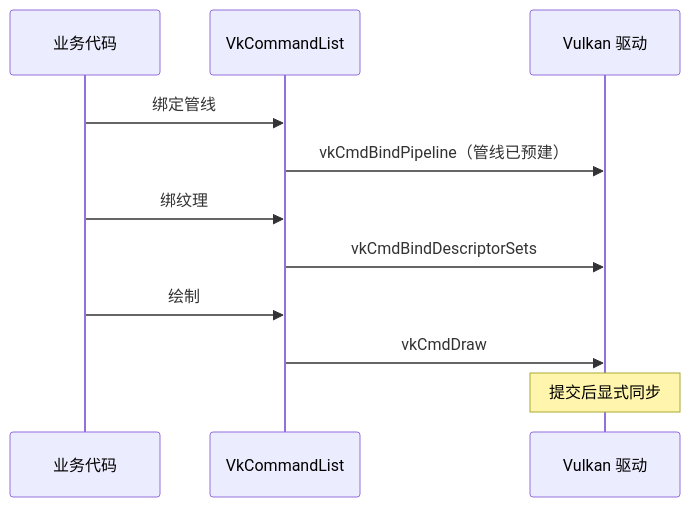
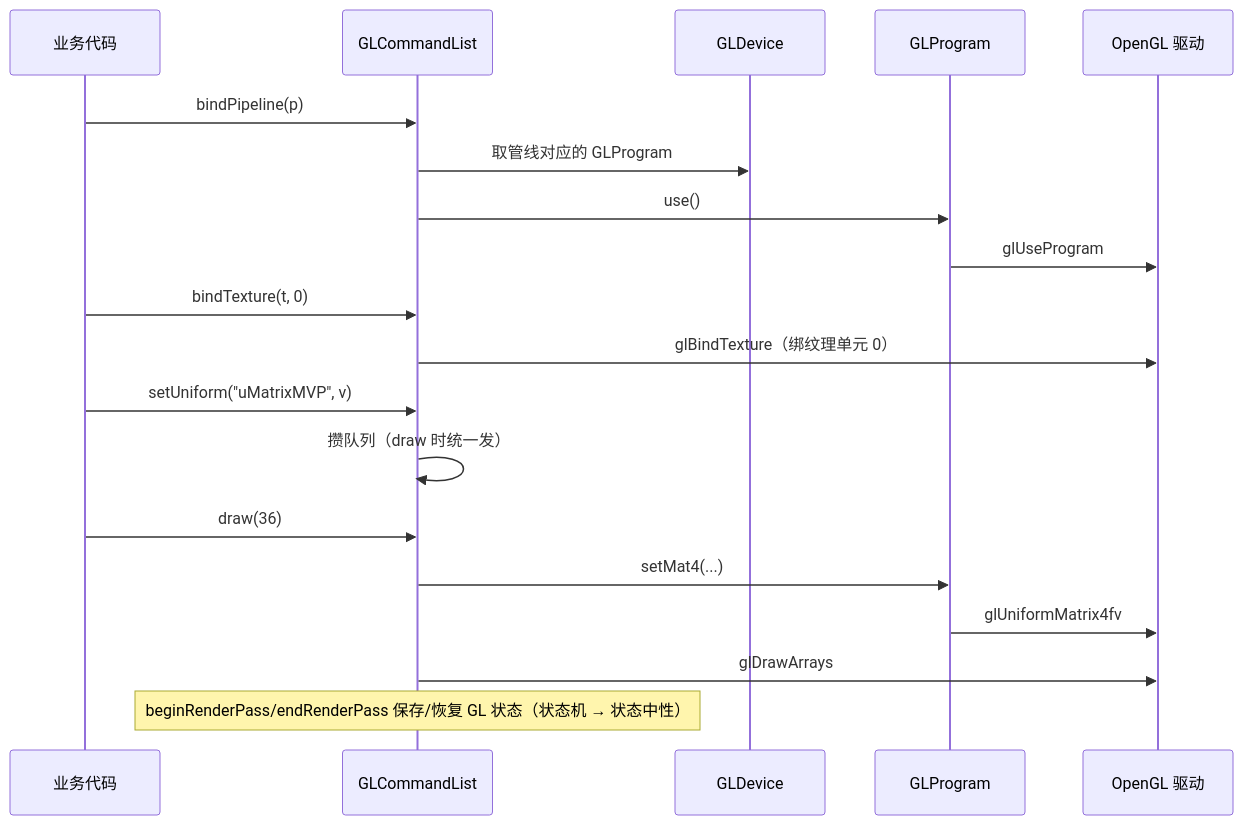
One commit to tangzheheshui/cmake_opengl_glfw_imgui changed the sixth of 7 diagrams in docs/2-类设计与时序图.md. Above: the diagram before and after it, drawn with Mermaid. The commit also changed other lines of this file and 23 other files, not shown here.

First line of the commit message:
feat(render): PBR Cook-Torrance 材质 + ImGui 面板 + draw 传命令列表

````diff
--- a/docs/2-类设计与时序图.md
+++ b/docs/2-类设计与时序图.md
@@ -166,13 +257,25 @@
 ```mermaid
 sequenceDiagram
     participant app as 业务代码
-    participant vkc as VkCommandList
-    participant vk as Vulkan 驱动
-    app->>vkc: 绑定管线
-    vkc->>vk: vkCmdBindPipeline（管线已预建）
-    app->>vkc: 绑纹理
-    vkc->>vk: vkCmdBindDescriptorSets
-    app->>vkc: 绘制
-    vkc->>vk: vkCmdDraw
-    Note over vk: 提交后显式同步
+    participant cmd as GLCommandList
+    participant dev as GLDevice
+    participant prog as GLProgram
+    participant gl as OpenGL 驱动
+
+    app->>cmd: bindPipeline(p)
+    cmd->>dev: 取管线对应的 GLProgram
+    cmd->>prog: use()
+    prog->>gl: glUseProgram
+
+    app->>cmd: bindTexture(t, 0)
+    cmd->>gl: glBindTexture（绑纹理单元 0）
+
+    app->>cmd: setUniform("uMatrixMVP", v)
+    cmd->>cmd: 攒队列（draw 时统一发）
+    app->>cmd: draw(36)
+    cmd->>prog: setMat4(...)
+    prog->>gl: glUniformMatrix4fv
+    cmd->>gl: glDrawArrays
+
+    Note over cmd: beginRenderPass/endRenderPass 保存/恢复 GL 状态（状态机 → 状态中性）
 ```
````
